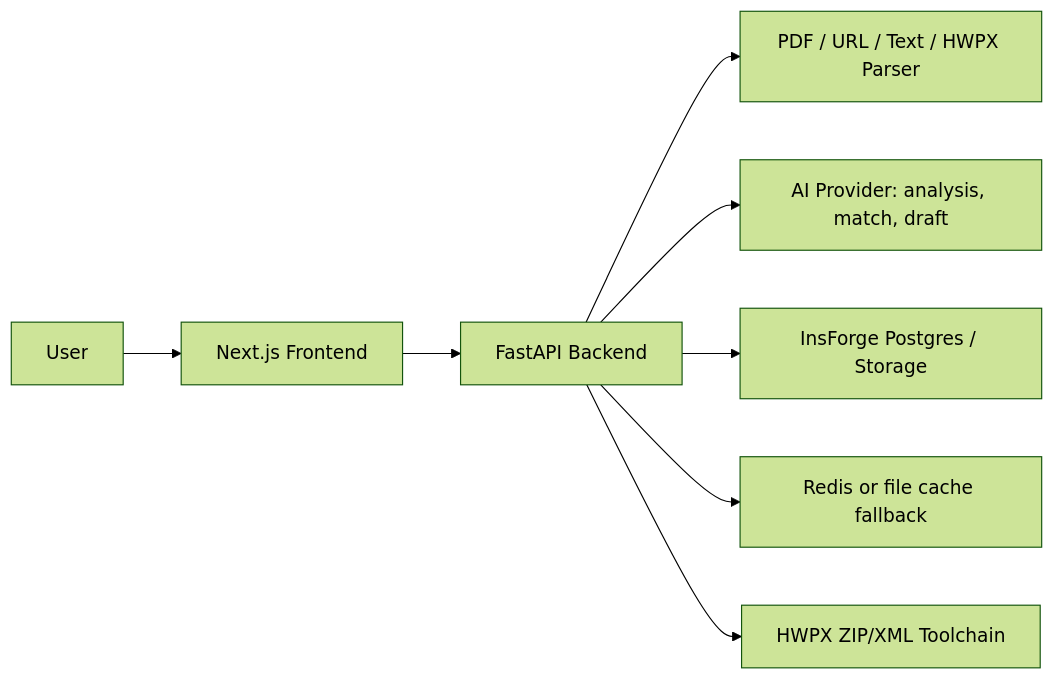
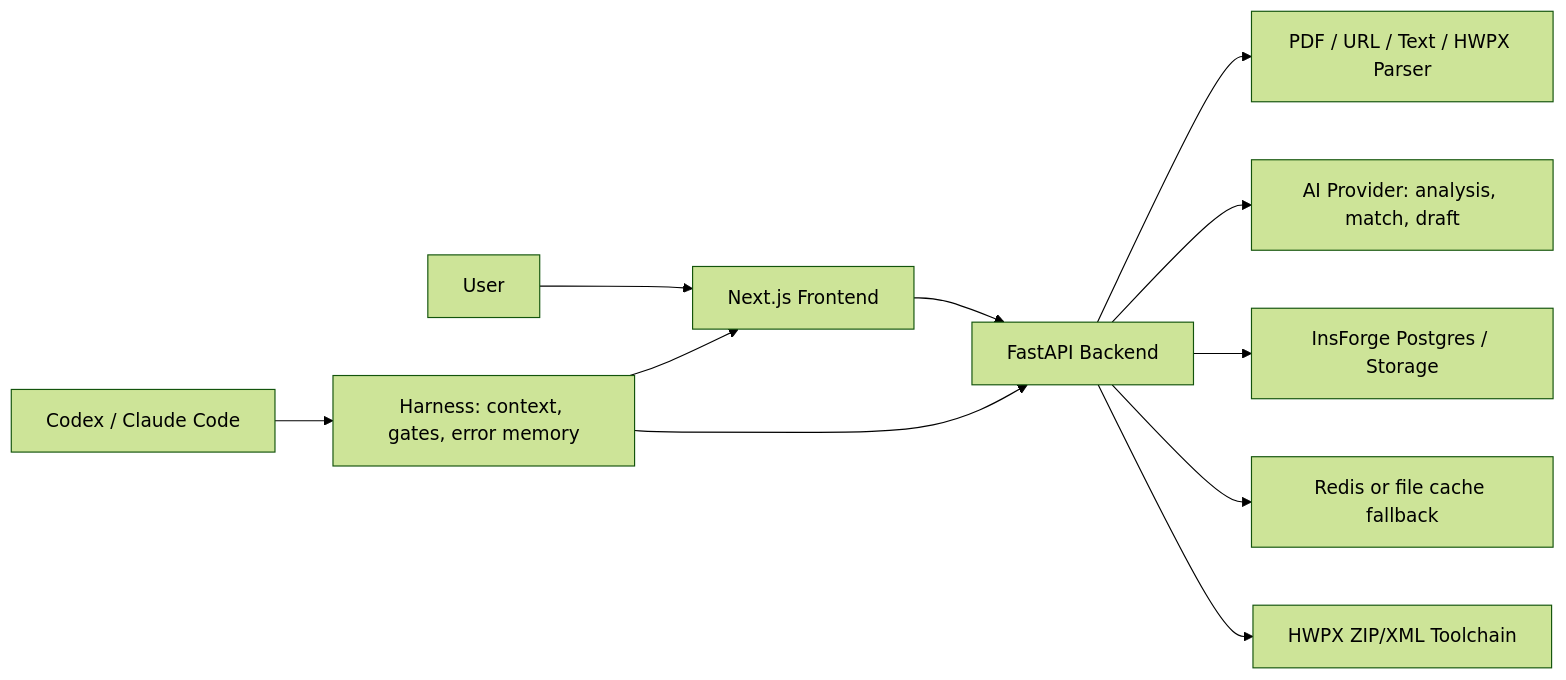
Before and after one commit to mingyugim090-debug/DockLive: the diagram in docs/engineering/architecture.md, drawn with Mermaid (forest theme). The commit also changed other lines of this file and 37 other files, not shown here.

Commit message:
Build Dock Live harness for error memory and quality gates

````diff
--- a/docs/engineering/architecture.md
+++ b/docs/engineering/architecture.md
@@ -7,10 +7,13 @@
 ```mermaid
 flowchart LR
   U["User"] --> FE["Next.js Frontend"]
   FE --> API["FastAPI Backend"]
   API --> Parser["PDF / URL / Text / HWPX Parser"]
   API --> AI["AI Provider: analysis, match, draft"]
   API --> Store["InsForge Postgres / Storage"]
   API --> Cache["Redis or file cache fallback"]
   API --> HWPX["HWPX ZIP/XML Toolchain"]
+  Dev["Codex / Claude Code"] --> Harness["Harness: context, gates, error memory"]
+  Harness --> API
+  Harness --> FE
 ```
````
